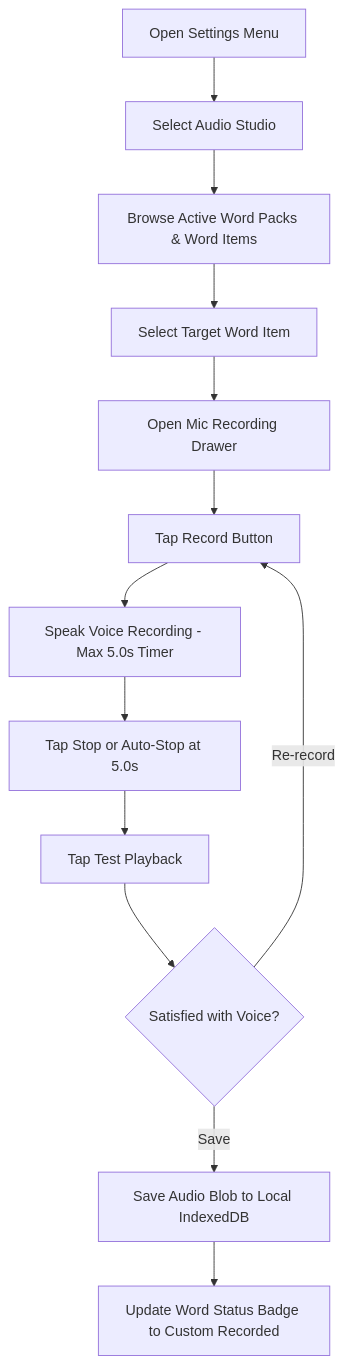
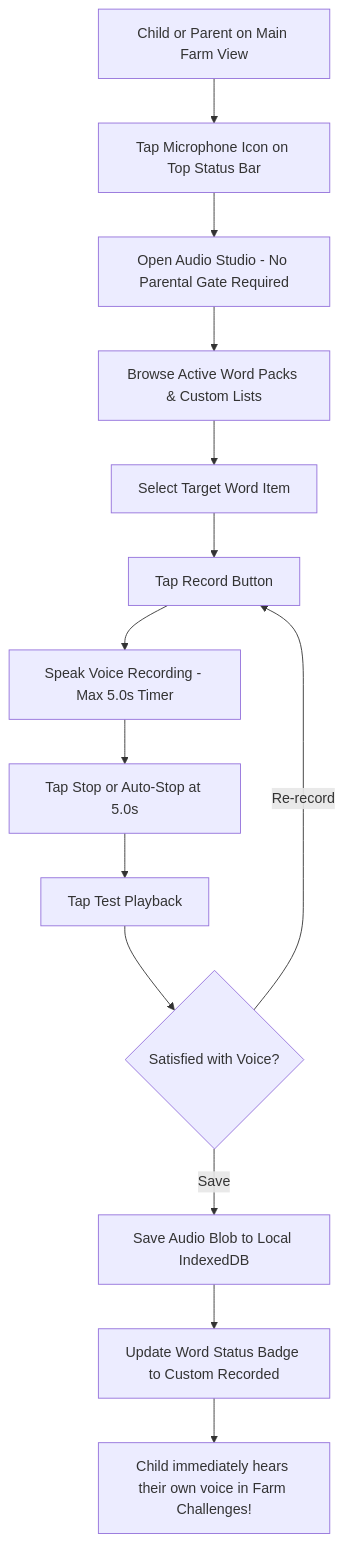
One commit to rochebit/farmspell-spec changed the third of 5 diagrams in ux/user-flows.md. Above: the diagram before and after it, drawn with Mermaid. The commit also changed other lines of this file and 1 other file, not shown here.

Commit message:
docs(audio): clarify direct child access to Audio Studio from main HUD

````diff
--- a/ux/user-flows.md
+++ b/ux/user-flows.md
@@ -76,15 +76,16 @@
 ```mermaid
 flowchart TD
-    A[Open Settings Menu] --> B[Select Audio Studio]
-    B --> C[Browse Active Word Packs & Word Items]
-    C --> D[Select Target Word Item]
-    D --> E[Open Mic Recording Drawer]
+    A[Child or Parent on Main Farm View] --> B[Tap Microphone Icon on Top Status Bar]
+    B --> C[Open Audio Studio - No Parental Gate Required]
+    C --> D[Browse Active Word Packs & Custom Lists]
+    D --> E[Select Target Word Item]
     E --> F[Tap Record Button]
     F --> G[Speak Voice Recording - Max 5.0s Timer]
     G --> H[Tap Stop or Auto-Stop at 5.0s]
     H --> I[Tap Test Playback]
     I --> J{Satisfied with Voice?}
     J -- Re-record --> F
     J -- Save --> K[Save Audio Blob to Local IndexedDB]
     K --> L[Update Word Status Badge to Custom Recorded]
+    L --> M[Child immediately hears their own voice in Farm Challenges!]
 ```
````
